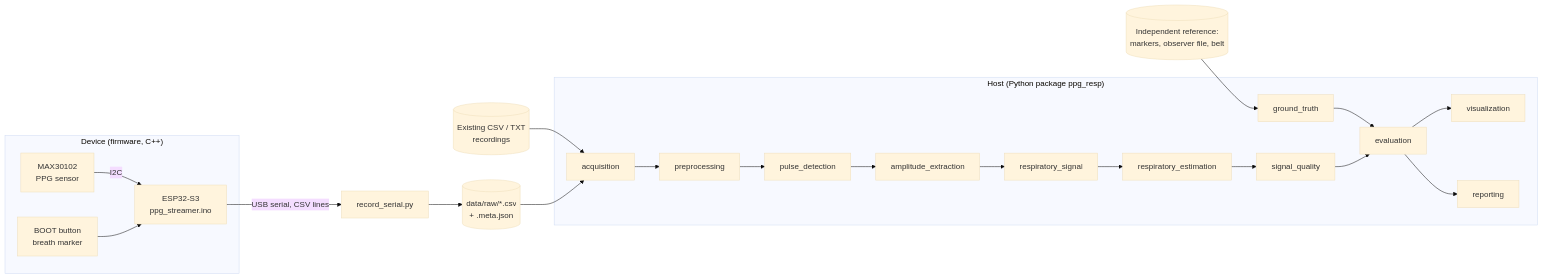
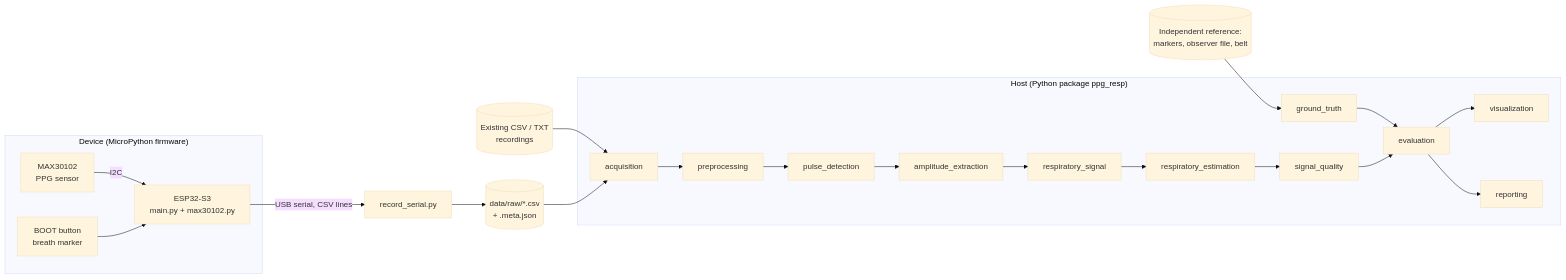
One commit to capitalisming/heart-beat changed the first of 2 diagrams in docs/architecture.md. Above: the diagram before and after it, drawn with Mermaid (base theme). The commit also changed 8 other files, not shown here.

Commit message:
Document the Thonny workflow and make MicroPython the primary firmware

````diff
--- a/docs/architecture.md
+++ b/docs/architecture.md
@@ -9,21 +9,21 @@
 ```mermaid
 flowchart LR
-    subgraph Device["Device (firmware, C++)"]
-        S[MAX30102<br/>PPG sensor] -- I2C --> M[ESP32-S3<br/>ppg_streamer.ino]
+    subgraph Device["Device (MicroPython firmware)"]
+        S[MAX30102<br/>PPG sensor] -- I2C --> M[ESP32-S3<br/>main.py + max30102.py]
         B[BOOT button<br/>breath marker] --> M
     end
     M -- "USB serial, CSV lines" --> R[record_serial.py]
     R --> F[(data/raw/*.csv<br/>+ .meta.json)]
     X[(Existing CSV / TXT<br/>recordings)] --> A
     F --> A
     subgraph Host["Host (Python package ppg_resp)"]
         A[acquisition] --> P[preprocessing] --> D[pulse_detection] --> E[amplitude_extraction]
         E --> RS[respiratory_signal] --> RE[respiratory_estimation]
         RE --> Q[signal_quality]
         GT[ground_truth] --> EV[evaluation]
         Q --> EV
         EV --> V[visualization]
         EV --> RP[reporting]
     end
     REF[(Independent reference:<br/>markers, observer file, belt)] --> GT
 ```
````
